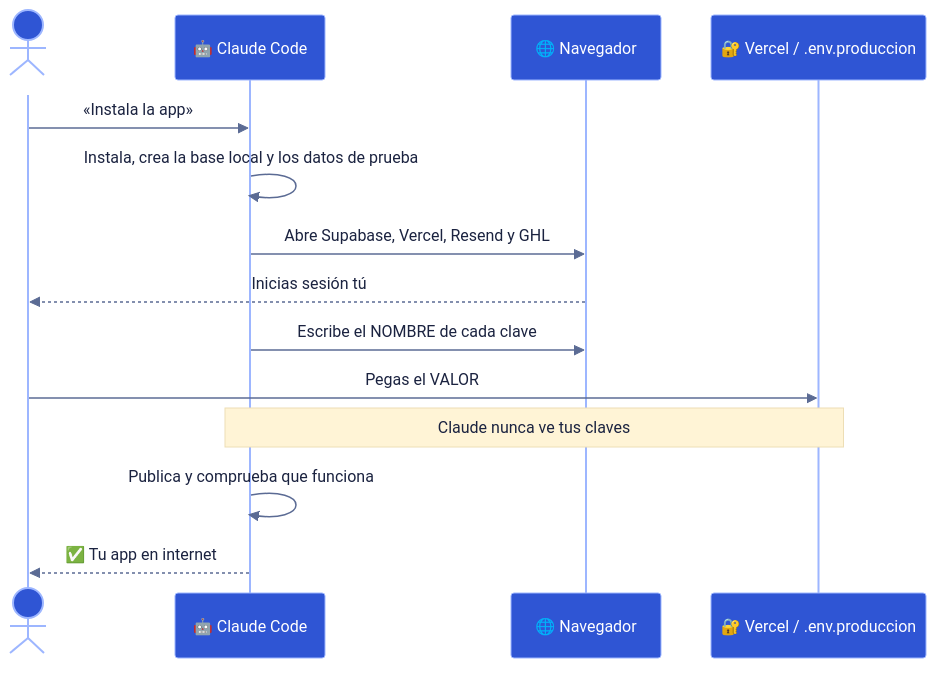
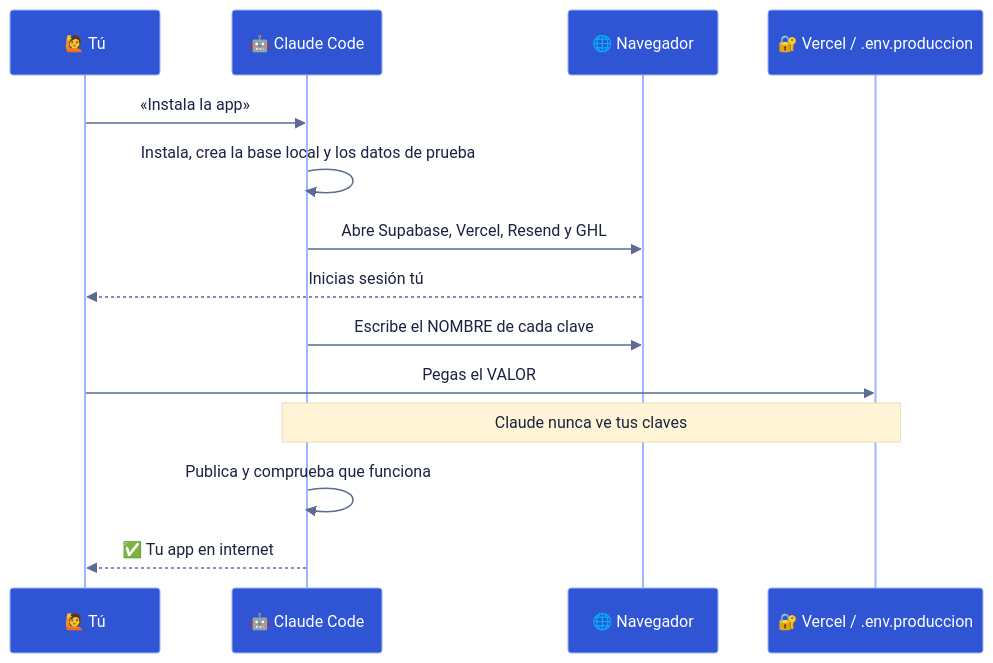
The third of 3 diagrams in README.md (eternitydevzz/dashboard-ventas-maestria), drawn with Mermaid before and after one commit. The commit also changed other lines of this file, not shown here.

Commit message:
docs: prompts legibles, descarga en un solo bloque y diagrama de instalación

````diff
--- a/README.md
+++ b/README.md
@@ -154,17 +154,17 @@
 ```mermaid
 %%{init: {"theme":"base","themeVariables":{"primaryColor":"#2f55d4","primaryTextColor":"#ffffff","primaryBorderColor":"#9db6ff","lineColor":"#7f93c9","actorBkg":"#2f55d4","actorTextColor":"#ffffff","actorBorder":"#9db6ff","signalColor":"#5b6b94","signalTextColor":"#1b2340","noteBkgColor":"#fff4d6","noteTextColor":"#1b2340","fontFamily":"Segoe UI, Helvetica, Arial, sans-serif","fontSize":"16px"}}}%%
 sequenceDiagram
-    actor Tú
+    participant Tú as 🙋 Tú
     participant CC as 🤖 Claude Code
     participant W as 🌐 Navegador
     participant V as 🔐 Vercel / .env.produccion
     Tú->>CC: «Instala la app»
     CC->>CC: Instala, crea la base local y los datos de prueba
     CC->>W: Abre Supabase, Vercel, Resend y GHL
     W-->>Tú: Inicias sesión tú
     CC->>W: Escribe el NOMBRE de cada clave
     Tú->>V: Pegas el VALOR
     Note over CC,V: Claude nunca ve tus claves
     CC->>CC: Publica y comprueba que funciona
     CC-->>Tú: ✅ Tu app en internet
 ```
````
